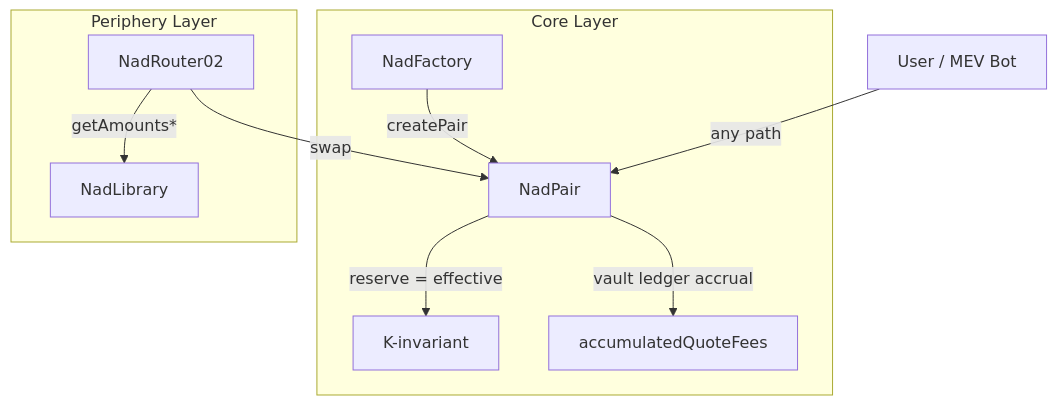
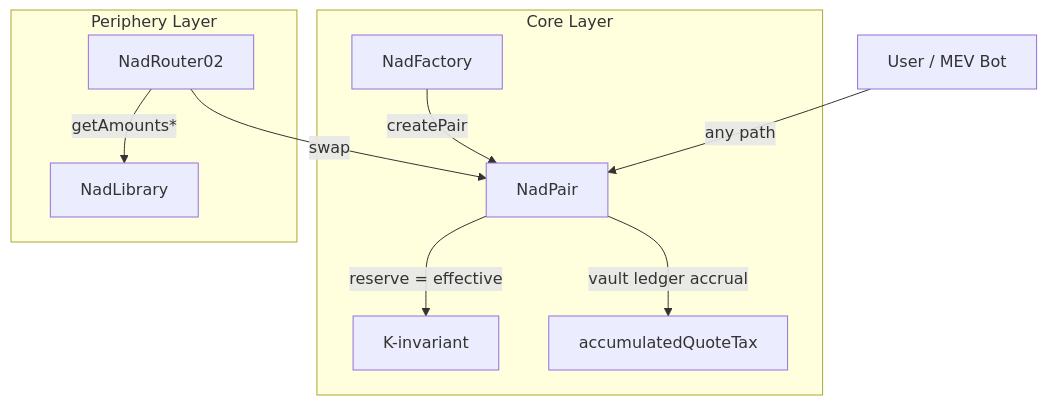
Before and after one commit to maydany/nad-swap: the diagram in docs/NADSWAP_V2_IMPL_SPEC_EN.md, drawn with Mermaid. The commit also changed other lines of this file and 34 other files, not shown here.

````diff
--- a/docs/NADSWAP_V2_IMPL_SPEC_EN.md
+++ b/docs/NADSWAP_V2_IMPL_SPEC_EN.md
@@ -32,13 +32,13 @@
 ```mermaid
 graph TD
     subgraph "Core Layer"
         F[NadFactory] -->|createPair| P[NadPair]
         P -->|"reserve = effective"| AMM["K-invariant"]
-        P -->|vault ledger accrual| VV["accumulatedQuoteFees"]
+        P -->|vault ledger accrual| VV["accumulatedQuoteTax"]
     end
     subgraph "Periphery Layer"
         R[NadRouter02] -->|swap| P
         R -->|"getAmounts*"| LIB[NadLibrary]
     end
     U[User / MEV Bot] -->|any path| P
 ```
````
